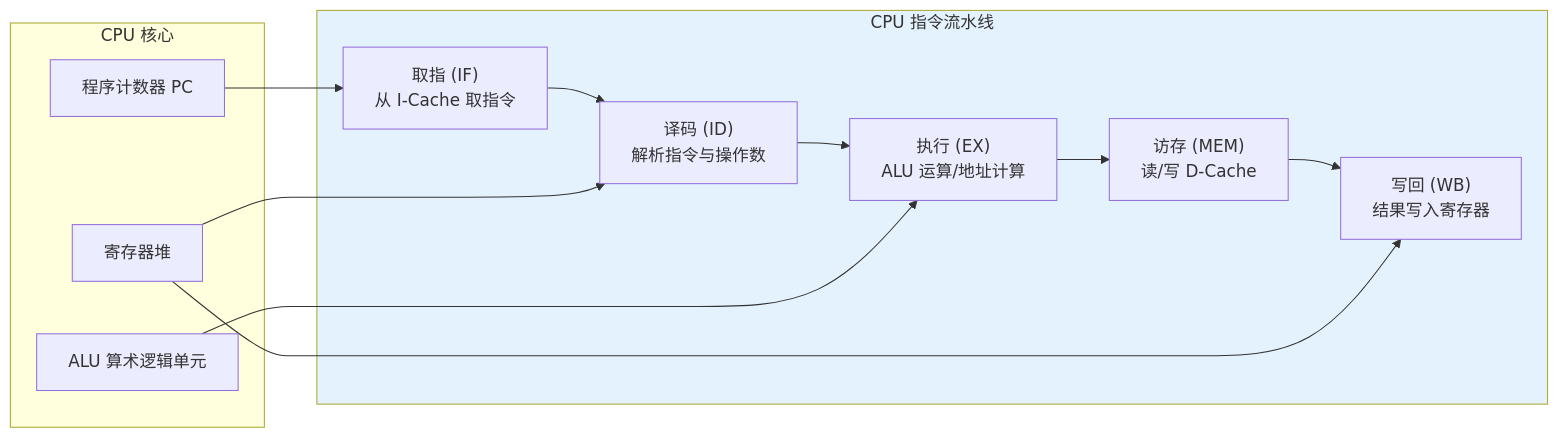
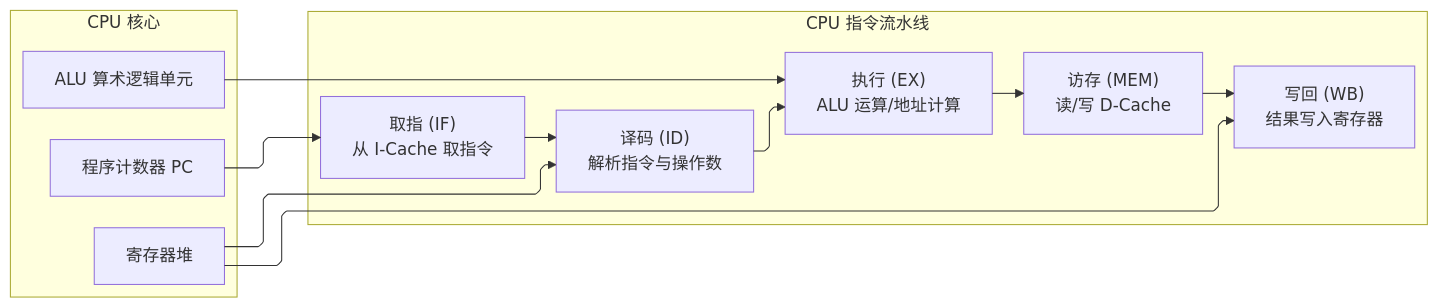
The diagram in 01-CS Core (计算机核心基础)/02-Computer Organization（计算机组成原理）/01-CPU Execution Model（CPU执行模型）.md (ziyan-cs/obsidian-coding-notes), drawn with Mermaid before and after one commit. The commit also changed 37 other files, not shown here.

````diff
--- a/01-CS Core (计算机核心基础)/02-Computer Organization（计算机组成原理）/01-CPU Execution Model（CPU执行模型）.md
+++ b/01-CS Core (计算机核心基础)/02-Computer Organization（计算机组成原理）/01-CPU Execution Model（CPU执行模型）.md
@@ -11,23 +11,24 @@
 ```mermaid
+%%{init: {"flowchart": {"defaultRenderer": "elk", "curve": "monotoneX"}} }%%
 graph LR
     subgraph Pipeline["CPU 指令流水线"]
         IF["取指 (IF)<br/>从 I-Cache 取指令"]
         ID["译码 (ID)<br/>解析指令与操作数"]
         EX["执行 (EX)<br/>ALU 运算/地址计算"]
         MEM["访存 (MEM)<br/>读/写 D-Cache"]
         WB["写回 (WB)<br/>结果写入寄存器"]
     end
     
     subgraph Core["CPU 核心"]
         PC["程序计数器 PC"]
         REG["寄存器堆"]
         ALU["ALU 算术逻辑单元"]
     end
     
     IF --> ID --> EX --> MEM --> WB
     PC --> IF
-    REG --> ID & WB
+    REG --> ID
+    REG --> WB
     ALU --> EX
     
-    style Pipeline fill:#e3f2fd
 ```
````
